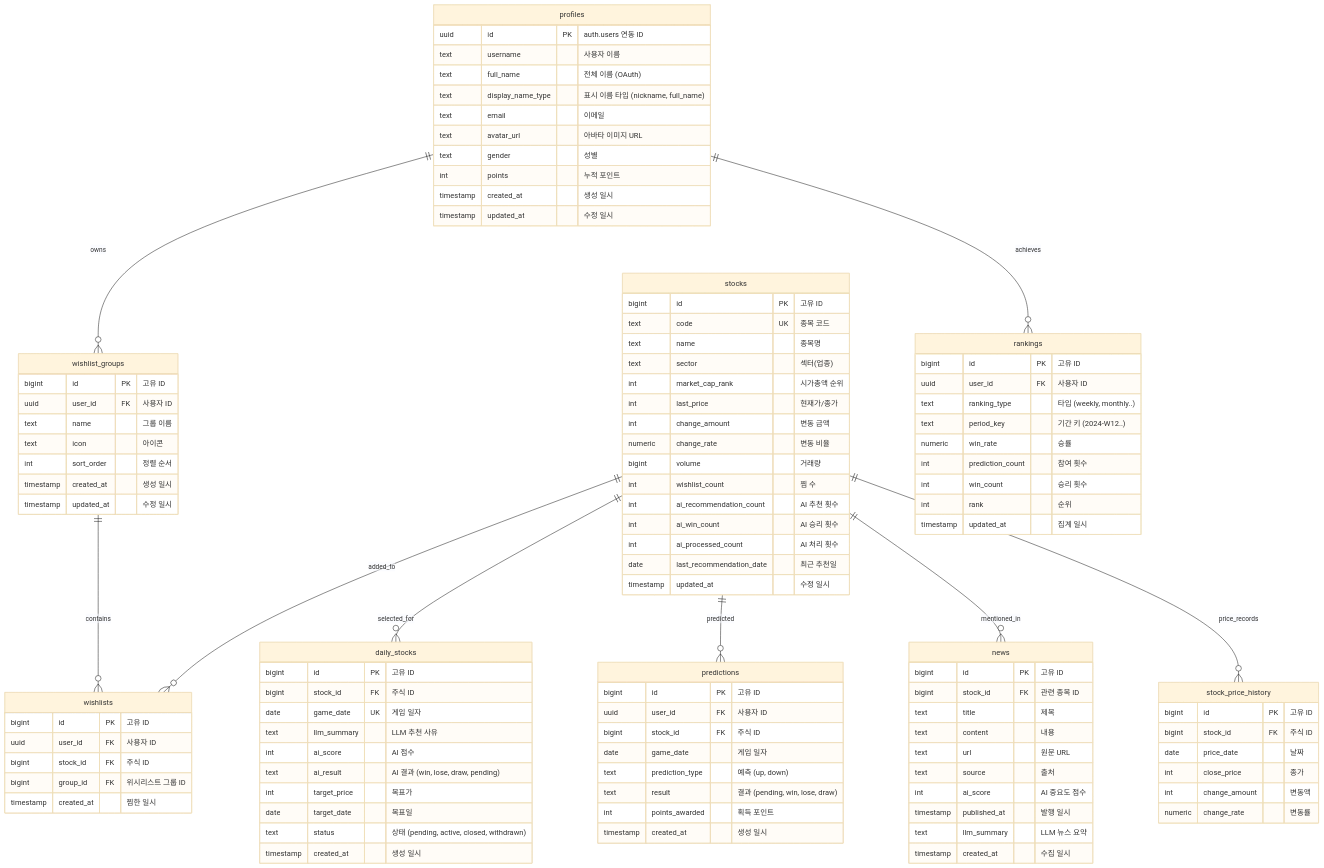
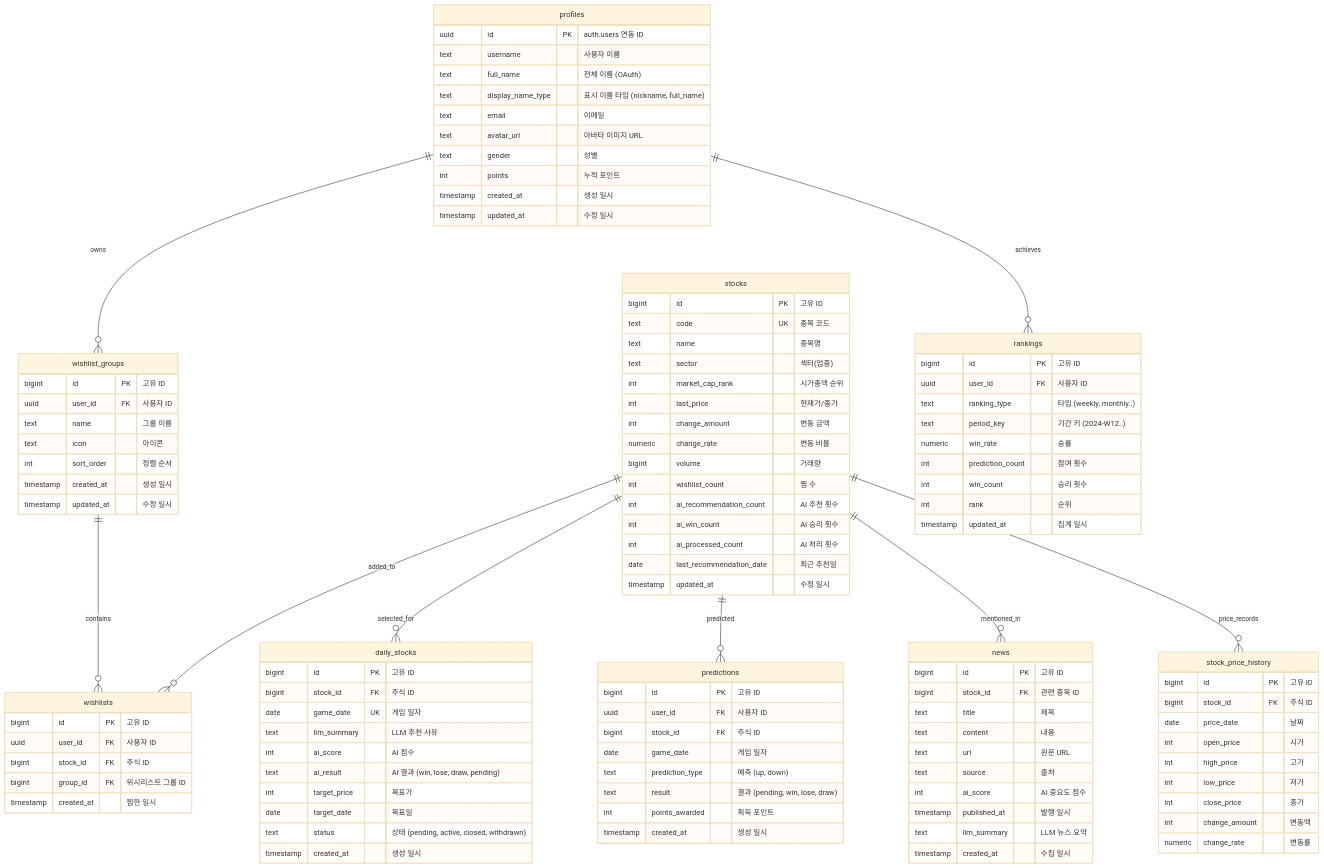
The diagram in erd.md (vlmwv/stock-league), drawn with Mermaid (base theme) before and after one commit. The commit also changed 4 other files, not shown here.

```diff
--- a/erd.md
+++ b/erd.md
@@ -96,6 +96,9 @@
         bigint id PK "고유 ID"
         bigint stock_id FK "주식 ID"
         date price_date "날짜"
+        int open_price "시가"
+        int high_price "고가"
+        int low_price "저가"
         int close_price "종가"
         int change_amount "변동액"
         numeric change_rate "변동률"
```
